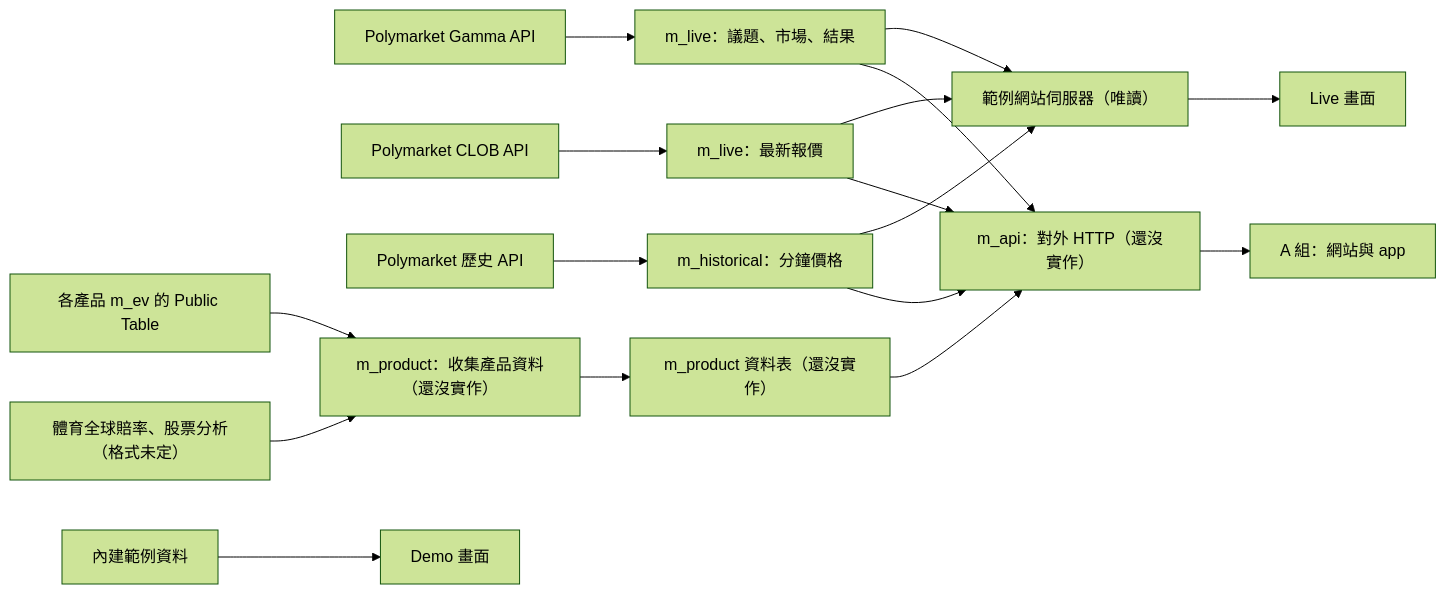
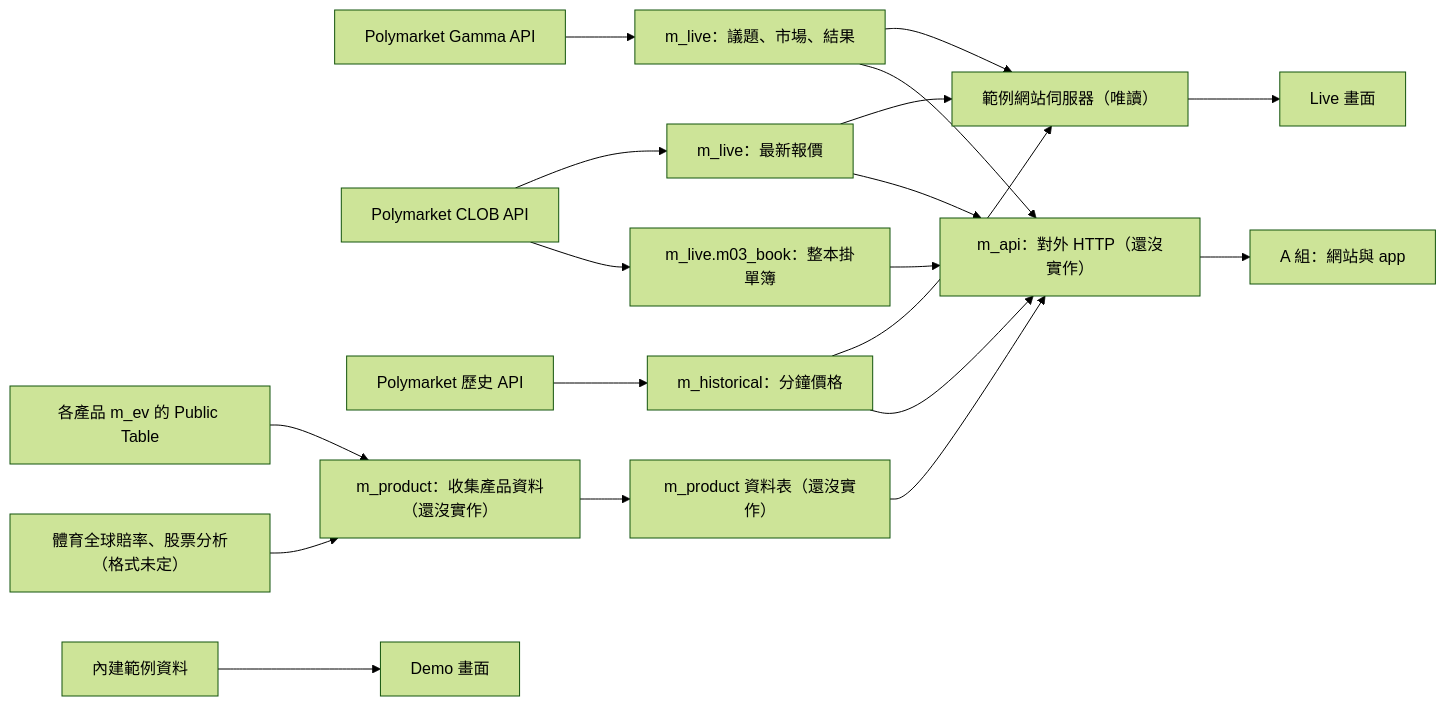
The diagram in README.md (LightingArb/lac), drawn with Mermaid (forest theme) before and after one commit. The commit also changed other lines of this file and 17 other files, not shown here.

````diff
--- a/README.md
+++ b/README.md
@@ -185,19 +183,21 @@
 ```mermaid
 flowchart LR
     G["Polymarket Gamma API"] --> M["m_live：議題、市場、結果"]
     C["Polymarket CLOB API"] --> Q["m_live：最新報價"]
+    C --> B["m_live.m03_book：整本掛單簿"]
     H["Polymarket 歷史 API"] --> P["m_historical：分鐘價格"]
     M --> V["範例網站伺服器（唯讀）"]
     Q --> V
     P --> V
     V --> L["Live 畫面"]
     D["內建範例資料"] --> R["Demo 畫面"]
     E["各產品 m_ev 的 Public Table"] --> S["m_product：收集產品資料（還沒實作）"]
     X["體育全球賠率、股票分析（格式未定）"] --> S
     S --> T["m_product 資料表（還沒實作）"]
     M --> A["m_api：對外 HTTP（還沒實作）"]
     Q --> A
+    B --> A
     P --> A
     T --> A
     A --> U["A 組：網站與 app"]
 ```
````
